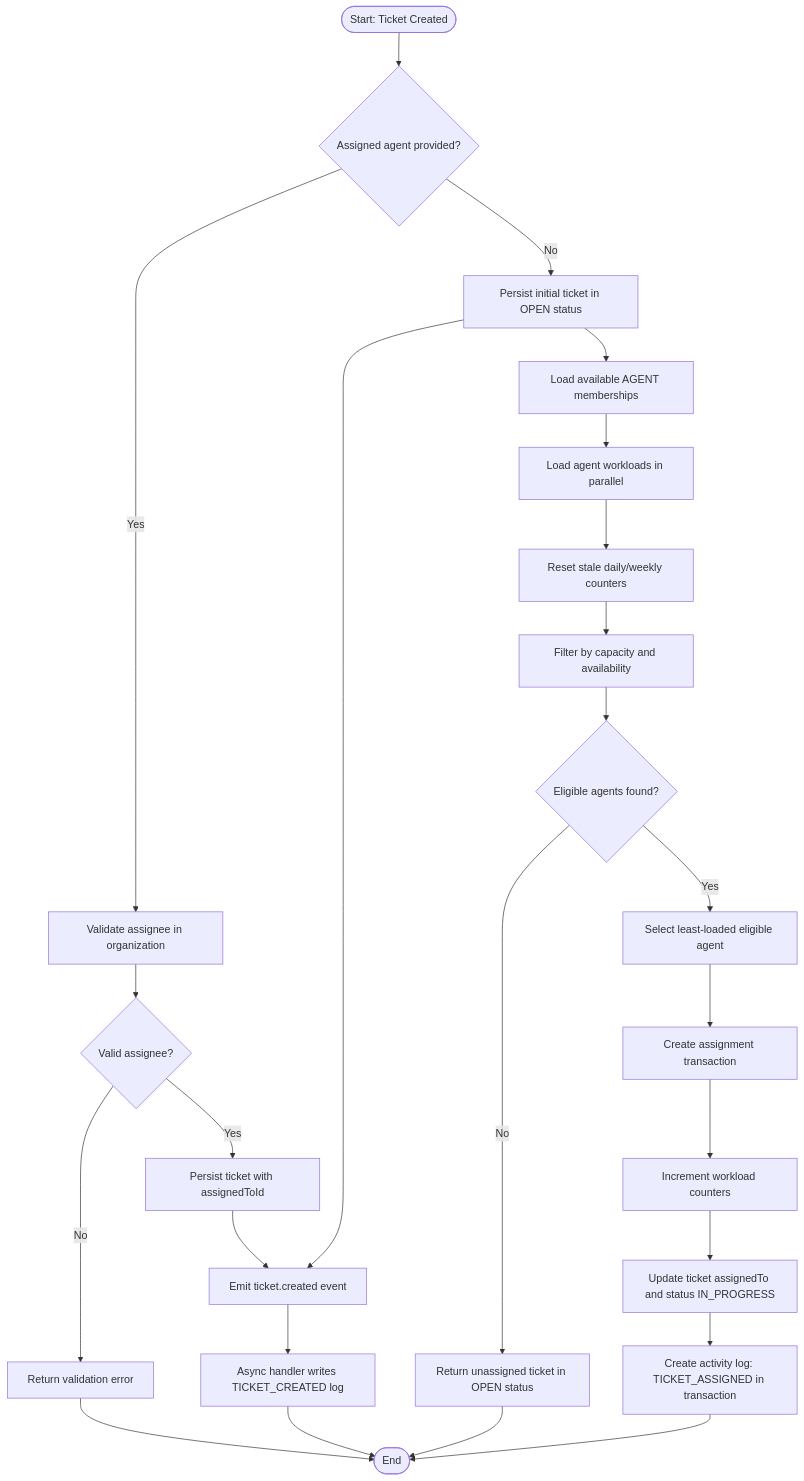
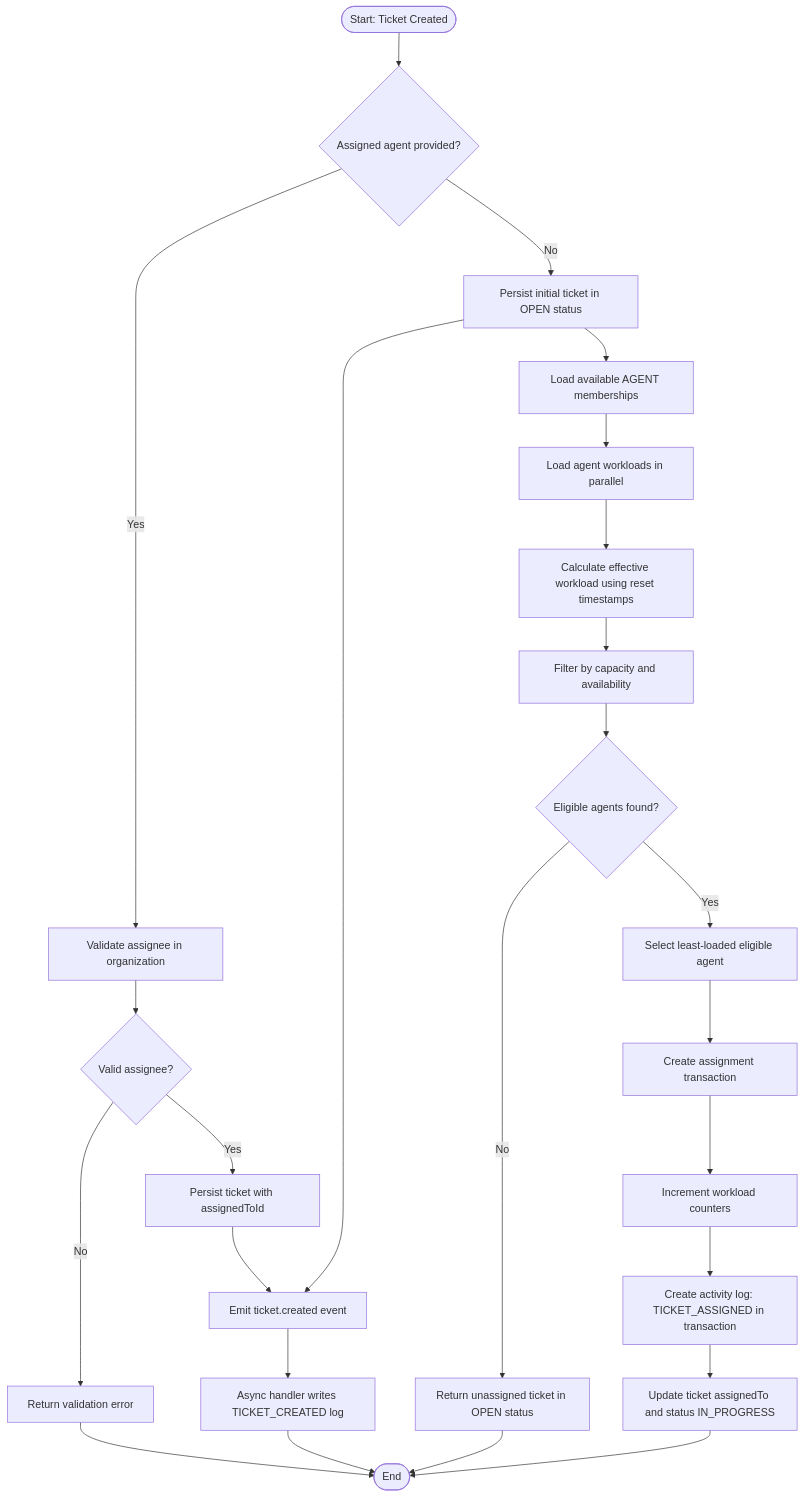
Before and after one commit to hardik-agarwal18/HelpForge: the diagram in docs/uml/06-activity-auto-assignment.mmd, drawn with Mermaid. The commit also changed 8 other files, not shown here.

Commit message:
feat(uml): update UML diagrams for ticket and agent management with improved naming and logic

```diff
--- a/docs/uml/06-activity-auto-assignment.mmd
+++ b/docs/uml/06-activity-auto-assignment.mmd
@@ -1,27 +1,27 @@
 flowchart TD
   A([Start: Ticket Created]) --> B{Assigned agent provided?}
   B -->|Yes| C[Validate assignee in organization]
   C --> D{Valid assignee?}
   D -->|No| X[Return validation error]
   D -->|Yes| E[Persist ticket with assignedToId]
   E --> P[Emit ticket.created event]
   P --> Q[Async handler writes TICKET_CREATED log]
 
   B -->|No| F[Persist initial ticket in OPEN status]
   F --> P
   F --> G[Load available AGENT memberships]
   G --> H[Load agent workloads in parallel]
-  H --> I[Reset stale daily/weekly counters]
+  H --> I[Calculate effective workload using reset timestamps]
   I --> J[Filter by capacity and availability]
   J --> K{Eligible agents found?}
   K -->|No| L[Return unassigned ticket in OPEN status]
   K -->|Yes| M[Select least-loaded eligible agent]
   M --> N[Create assignment transaction]
   N --> O[Increment workload counters]
-  O --> R[Update ticket assignedTo and status IN_PROGRESS]
-  R --> S[Create activity log: TICKET_ASSIGNED in transaction]
+  O --> R[Create activity log: TICKET_ASSIGNED in transaction]
+  R --> S[Update ticket assignedTo and status IN_PROGRESS]
 
   Q --> T([End])
   L --> T
   S --> T
   X --> T
```
